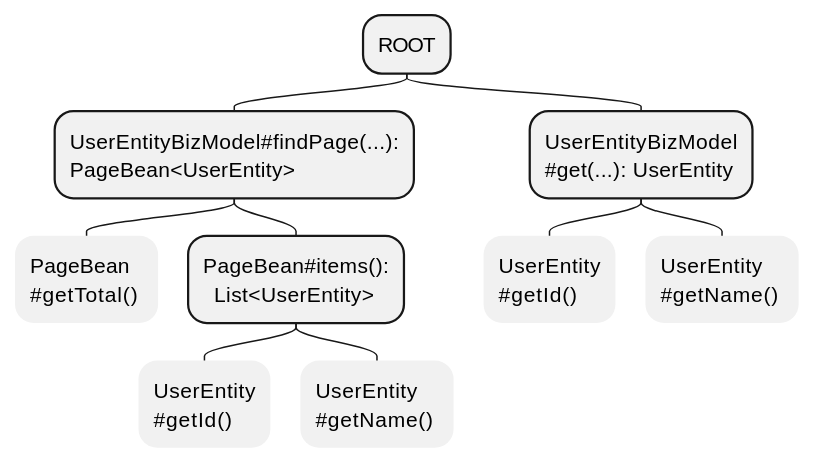
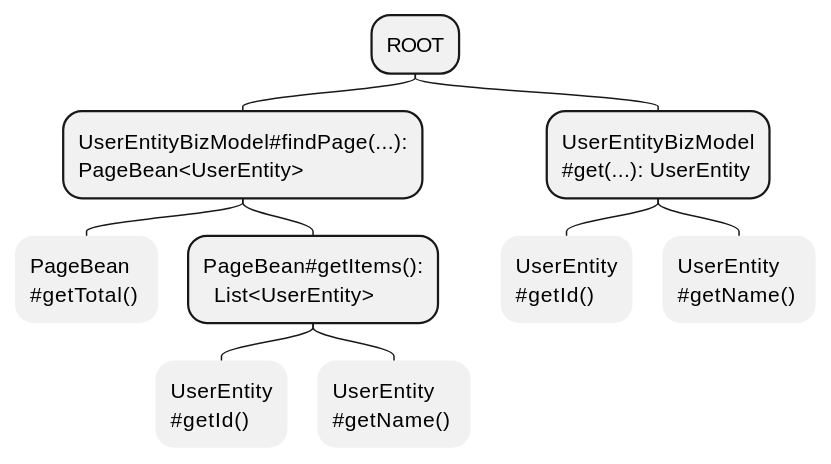
One commit to crazydan-studio/nop.crazydan.io changed the eighth of 11 diagrams in docs/400.implement/400.component/100.graphql.md. Above: the diagram before and after it, drawn with PlantUML. The commit also changed other lines of this file, not shown here.

````diff
--- a/docs/400.implement/400.component/100.graphql.md
+++ b/docs/400.implement/400.component/100.graphql.md
@@ -833,23 +833,23 @@
 ```plantuml
 @startmindmap
 top to bottom direction
 
 <style>
 mindmapDiagram {
   .scalar {
     LineThickness 0
   }
 }
 </style>
 
 * ROOT
 ** UserEntityBizModel#findPage(...):\nPageBean<UserEntity>
 *** PageBean\n~#getTotal() <<scalar>>
-*** PageBean~#items():\n  List<UserEntity>
+*** PageBean~#getItems():\n  List<UserEntity>
 **** UserEntity\n~#getId() <<scalar>>
 **** UserEntity\n~#getName() <<scalar>>
 ** UserEntityBizModel\n~#get(...): UserEntity
 *** UserEntity\n~#getId() <<scalar>>
 *** UserEntity\n~#getName() <<scalar>>
 @endmindmap
 ```
````
